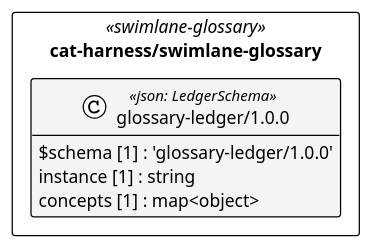
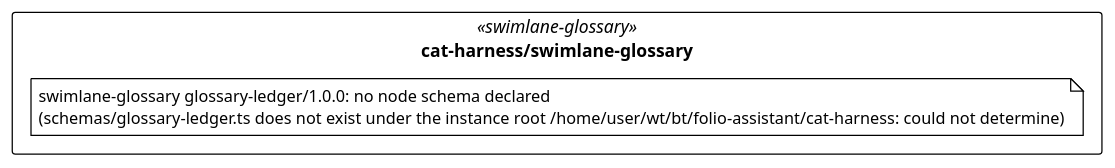
The diagram in cat-harness/uml/overview/cat-harness/swimlane-glossary.puml (litlfred/folio-assistant), drawn with PlantUML before and after one commit. The commit also changed 210 other files, not shown here.

```diff
--- a/cat-harness/uml/overview/cat-harness/swimlane-glossary.puml
+++ b/cat-harness/uml/overview/cat-harness/swimlane-glossary.puml
@@ -3,17 +3,13 @@
 @startuml cat_harness_swimlane_glossary
 !pragma layout elk
 !theme plain
 skinparam classAttributeIconSize 0
 skinparam shadowing false
 skinparam packageStyle rectangle
 hide empty methods
 
 package "cat-harness/swimlane-glossary" as pkg_cat_harness_swimlane_glossary <<swimlane-glossary>> {
-  class "glossary-ledger/1.0.0" as cat_harness_swimlane_glossary_glossary_ledger_1_0_0_glossary_ledger_1_0_0 <<json: LedgerSchema>> #f4f4f1 {
-    $schema [1] : 'glossary-ledger/1.0.0'
-    instance [1] : string
-    concepts [1] : map<object>
-  }
+  note "swimlane-glossary glossary-ledger/1.0.0: no node schema declared\n(schemas/glossary-ledger.ts does not exist under the instance root /home/user/wt/bt/folio-assistant/cat-harness: could not determine)" as n_cat_harness_swimlane_glossary_swimlane_glossary_glossary_ledger_1_0_0
 }
 
 @enduml
```
